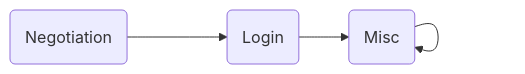
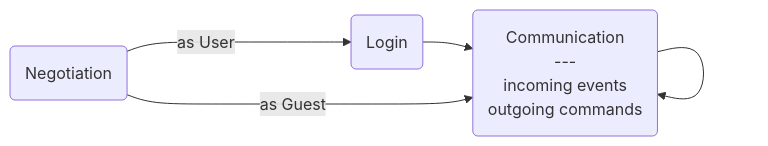
One commit to DanielOaks/collabodraw-server changed the diagram in doc/protocol-user.md. Above: the diagram before and after it, drawn with Mermaid. The commit also changed other lines of this file, not shown here.

````diff
--- a/doc/protocol-user.md
+++ b/doc/protocol-user.md
@@ -9,6 +9,7 @@
 ```mermaid
 flowchart LR
-Negotiation(Negotiation) ---> Login(Login)
-Login --> Misc(Misc)
-Misc --> Misc
+    Negotiation(Negotiation) --->|as User| Login(Login)
+    Login --> BackAndForth(Communication<br>---<br>incoming events<br>outgoing commands)
+    Negotiation -->|as Guest| BackAndForth
+    BackAndForth --> BackAndForth
 ```
````
